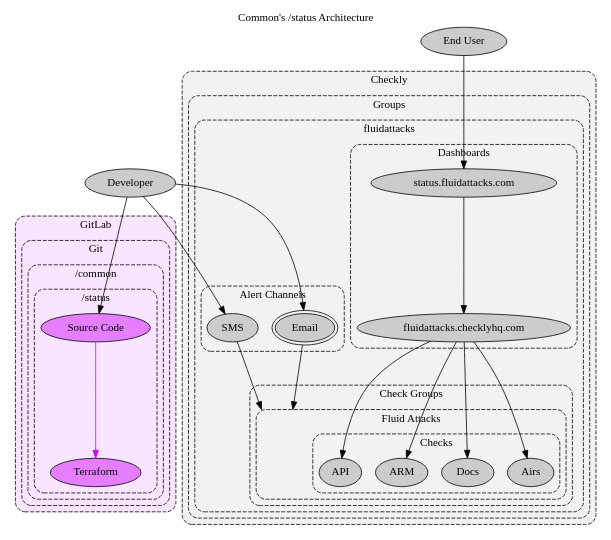
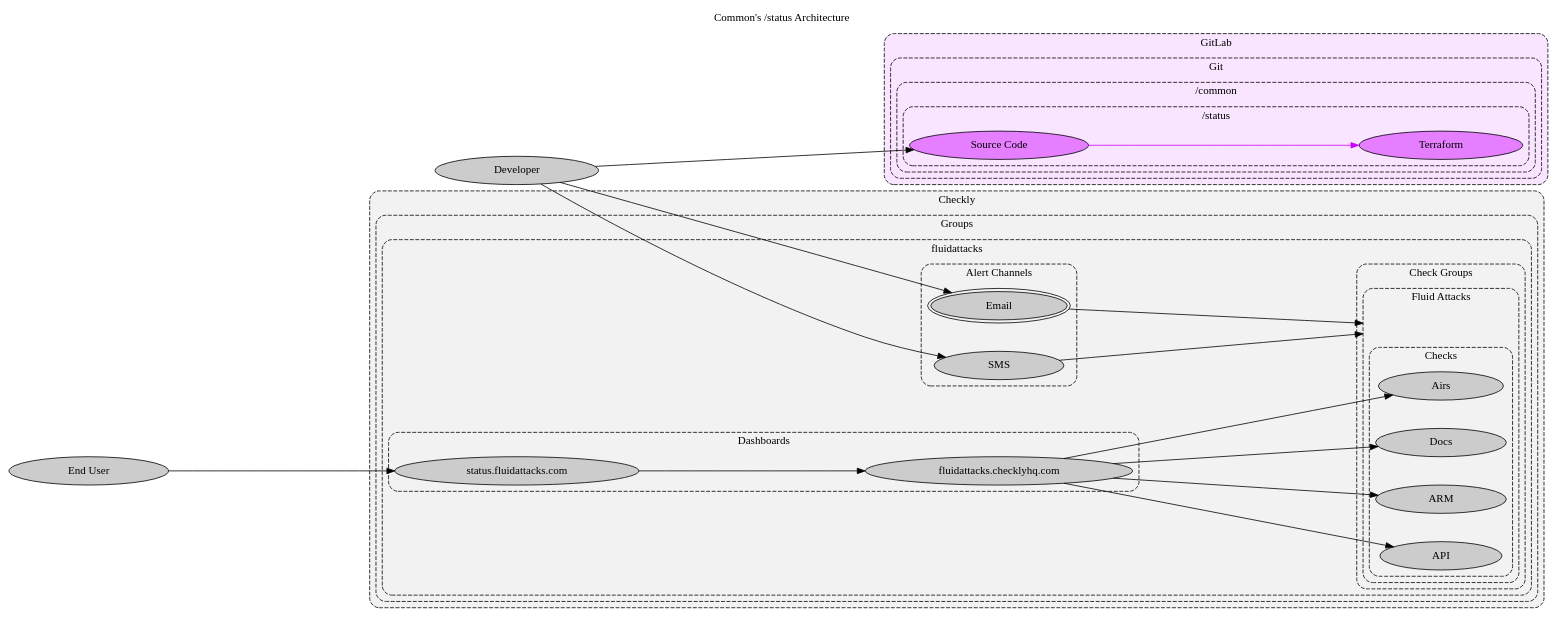
One commit to jeanbaptistemora/fluidattacks-universe2 changed the diagram in docs/src/docs/development/products/common/status-arch.dot. Above: the diagram before and after it, drawn with Graphviz. The commit also changed 18 other files, not shown here.

```diff
--- a/docs/src/docs/development/products/common/status-arch.dot
+++ b/docs/src/docs/development/products/common/status-arch.dot
@@ -1,105 +1,106 @@
 // SPDX-FileCopyrightText: 2022 Fluid Attacks <development@fluidattacks.com>
 //
 // SPDX-License-Identifier: MPL-2.0
 
 digraph status {
   label="Common's /status Architecture"
   labelloc="t"
   compound="true"
   concentrate="true"
-  layout="dot"
-  scale="scalexy"
-  ranksep="2.0"
+  rankdir="LR"
+  ranksep="4.0"
+  nodesep="0.5"
+  overlap="scalexy"
 
-  node[style="filled"]
+  node[style="filled" margin="0.8,0.0"]
   graph[style="dashed,rounded"]
 
   subgraph cluster_gitlab {
     label="GitLab"
     bgcolor="0.8 0.1 1.0"
     node[fillcolor="0.8 0.5 1.0"]
 
     subgraph cluster_gitlab_git {
       label="Git"
 
       subgraph cluster_gitlab_git_common {
         label="/common"
 
         subgraph cluster_gitlab_git_common_criteria {
           label="/status"
 
           gitlab_git_common_status[label="Source Code"]
           gitlab_git_common_status_terraform[label="Terraform"]
         }
       }
     }
   }
 
   subgraph cluster_checkly {
     label="Checkly"
     bgcolor="0.0 0.0 0.95"
     node[fillcolor="0.0 0.0 0.8"]
 
     subgraph cluster_checkly_groups {
       label="Groups"
 
       subgraph cluster_checkly_groups_fluidattacks {
         label="fluidattacks"
 
         subgraph cluster_checkly_groups_fluidattacks_alert_channels {
           label="Alert Channels"
 
           checkly_groups_fluidattacks_alert_channels_email[label="Email" peripheries="2"]
           checkly_groups_fluidattacks_alert_channels_sms[label="SMS"]
         }
 
         subgraph cluster_checkly_groups_fluidattacks_check_groups {
           label="Check Groups"
 
           subgraph cluster_checkly_groups_fluidattacks_checks_groups_fluidattacks {
             label="Fluid Attacks"
 
             cluster_checkly_groups_fluidattacks_checks_groups_fluidattacks[label="" style="invis"]
 
             subgraph cluster_checkly_groups_fluidattacks_checks_groups_fluidattacks_checks {
               label="Checks"
 
               checkly_groups_fluidattacks_checks_airs[label="Airs"]
               checkly_groups_fluidattacks_checks_docs[label="Docs"]
               checkly_groups_fluidattacks_checks_arm[label="ARM"]
               checkly_groups_fluidattacks_checks_api[label="API"]
             }
           }
         }
 
 
         subgraph cluster_checkly_groups_fluidattacks_dashboards {
           label="Dashboards"
 
           checkly_groups_fluidattacks_dashboards_fluidattacks_checklyhq_com[label="fluidattacks.checklyhq.com"]
           checkly_groups_fluidattacks_dashboards_status_fluidattacks_com[label="status.fluidattacks.com"]
         }
       }
     }
   }
 
   edge[color="0.8 1.0 1.0"]
   gitlab_git_common_status -> gitlab_git_common_status_terraform[]
 
   node[fillcolor="0.0 0.0 0.8"]
   developer[label="Developer"]
   end_user[label="End User"]
 
   edge[color="0.0 0.0 0.0"]
   checkly_groups_fluidattacks_dashboards_status_fluidattacks_com -> checkly_groups_fluidattacks_dashboards_fluidattacks_checklyhq_com[]
   checkly_groups_fluidattacks_dashboards_fluidattacks_checklyhq_com -> checkly_groups_fluidattacks_checks_airs[]
   checkly_groups_fluidattacks_dashboards_fluidattacks_checklyhq_com -> checkly_groups_fluidattacks_checks_docs[]
   checkly_groups_fluidattacks_dashboards_fluidattacks_checklyhq_com -> checkly_groups_fluidattacks_checks_arm[]
   checkly_groups_fluidattacks_dashboards_fluidattacks_checklyhq_com -> checkly_groups_fluidattacks_checks_api[]
   checkly_groups_fluidattacks_alert_channels_email -> cluster_checkly_groups_fluidattacks_checks_groups_fluidattacks[lhead="cluster_checkly_groups_fluidattacks_checks_groups_fluidattacks"]
   checkly_groups_fluidattacks_alert_channels_sms -> cluster_checkly_groups_fluidattacks_checks_groups_fluidattacks[lhead="cluster_checkly_groups_fluidattacks_checks_groups_fluidattacks"]
   developer -> gitlab_git_common_status[]
   developer -> checkly_groups_fluidattacks_alert_channels_email[]
   developer -> checkly_groups_fluidattacks_alert_channels_sms[]
   end_user -> checkly_groups_fluidattacks_dashboards_status_fluidattacks_com[]
 }
```
